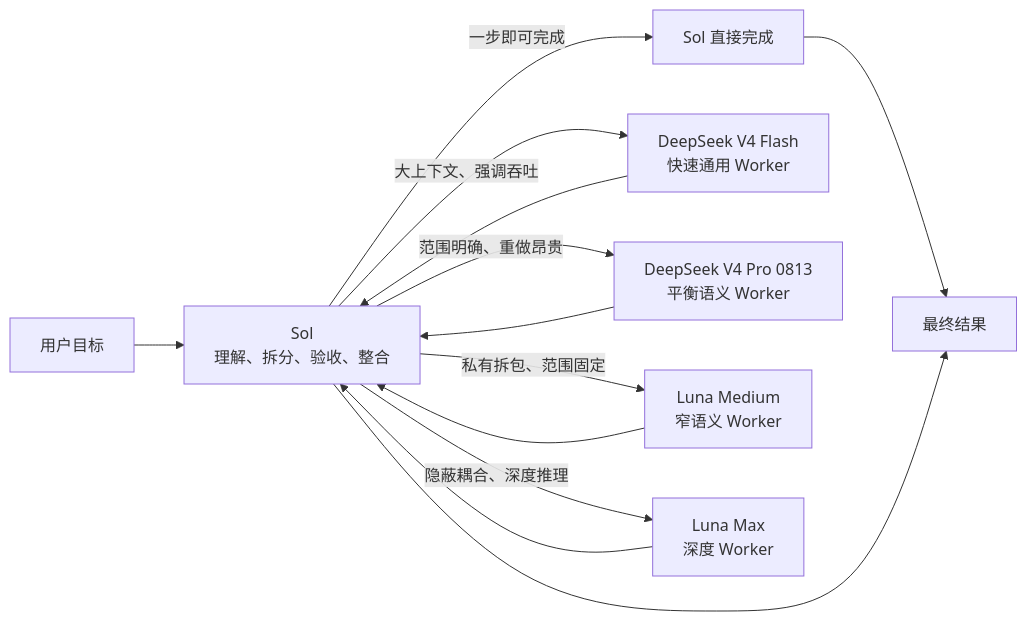
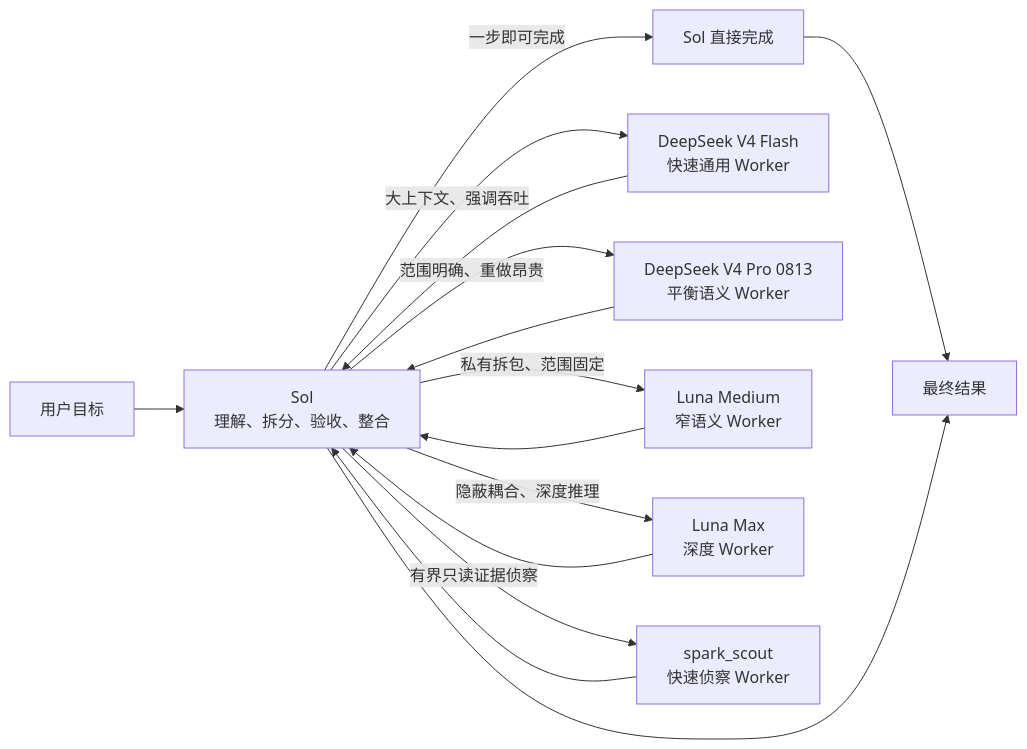
The diagram in README.md (liuyejinghong/sol-worker-routing-codex), drawn with Mermaid before and after one commit. The commit also changed other lines of this file and 9 other files, not shown here.

````diff
--- a/README.md
+++ b/README.md
@@ -61,15 +62,17 @@
 ```mermaid
 flowchart LR
     U["用户目标"] --> S["Sol<br/>理解、拆分、验收、整合"]
     S -->|"一步即可完成"| D["Sol 直接完成"]
     S -->|"大上下文、强调吞吐"| DS["DeepSeek V4 Flash<br/>快速通用 Worker"]
     S -->|"范围明确、重做昂贵"| DP["DeepSeek V4 Pro 0813<br/>平衡语义 Worker"]
     S -->|"私有拆包、范围固定"| LM["Luna Medium<br/>窄语义 Worker"]
     S -->|"隐蔽耦合、深度推理"| L["Luna Max<br/>深度 Worker"]
+    S -->|"有界只读证据侦察"| SS["spark_scout<br/>快速侦察 Worker"]
     D --> O["最终结果"]
     DS --> S
     DP --> S
     LM --> S
     L --> S
+    SS --> S
     S --> O
 ```
````
